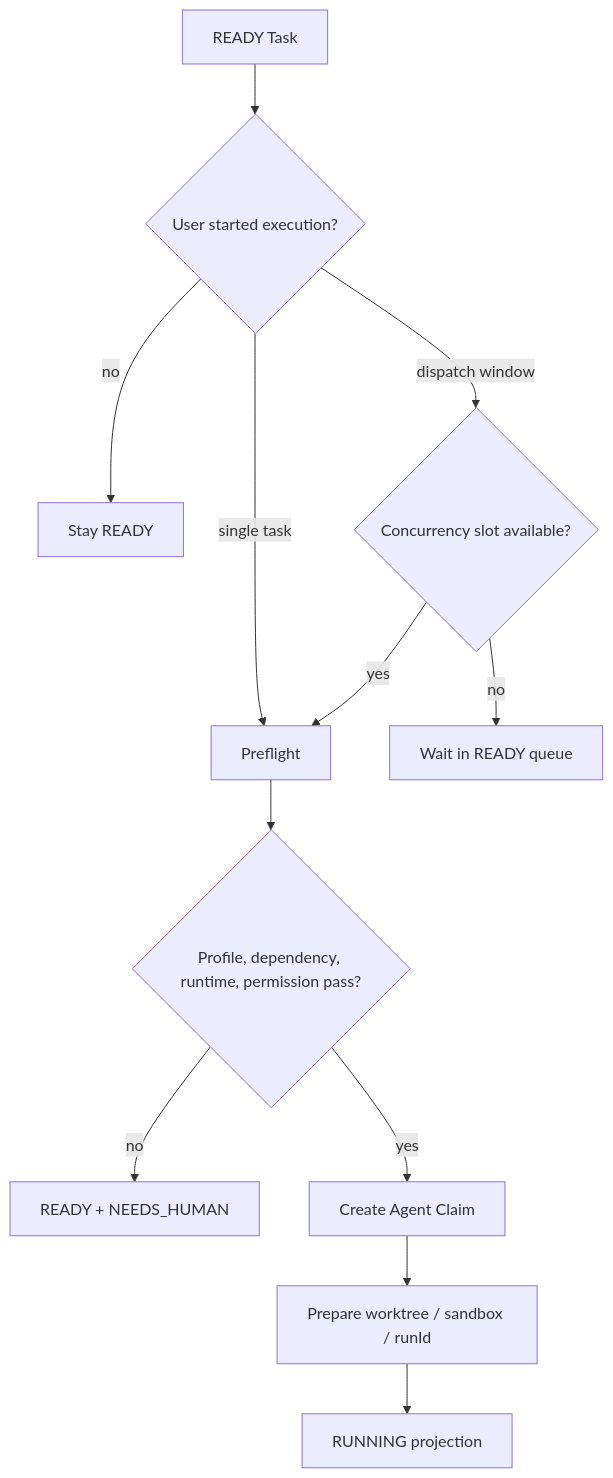
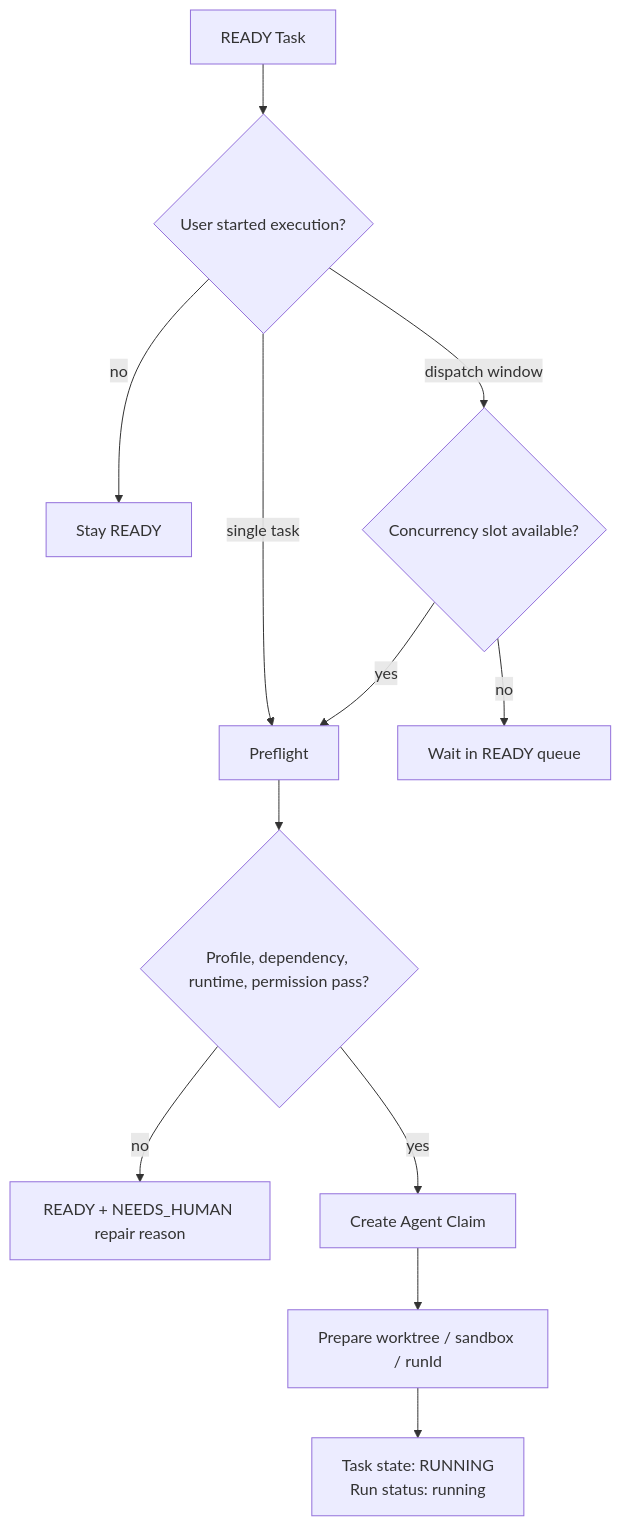
One commit to samzhu/grimoAPP changed the sixth of 10 diagrams in docs/grimo/references/grimo-agent-workflow-definition.md. Above: the diagram before and after it, drawn with Mermaid. The commit also changed other lines of this file and 29 other files, not shown here.

````diff
--- a/docs/grimo/references/grimo-agent-workflow-definition.md
+++ b/docs/grimo/references/grimo-agent-workflow-definition.md
@@ -235,14 +259,14 @@
 ```mermaid
 flowchart TD
   Ready["READY Task"] --> Start{"User started execution?"}
   Start -- "no" --> StayReady["Stay READY"]
   Start -- "single task" --> Preflight["Preflight"]
   Start -- "dispatch window" --> Capacity{"Concurrency slot available?"}
   Capacity -- "no" --> Wait["Wait in READY queue"]
   Capacity -- "yes" --> Preflight
   Preflight --> Runtime{"Profile, dependency, runtime, permission pass?"}
-  Runtime -- "no" --> NeedsHuman["READY + NEEDS_HUMAN"]
+  Runtime -- "no" --> NeedsHuman["READY + NEEDS_HUMAN repair reason"]
   Runtime -- "yes" --> Claim["Create Agent Claim"]
   Claim --> Workspace["Prepare worktree / sandbox / runId"]
-  Workspace --> Running["RUNNING projection"]
+  Workspace --> Running["Task state: RUNNING<br/>Run status: running"]
 ```
````
